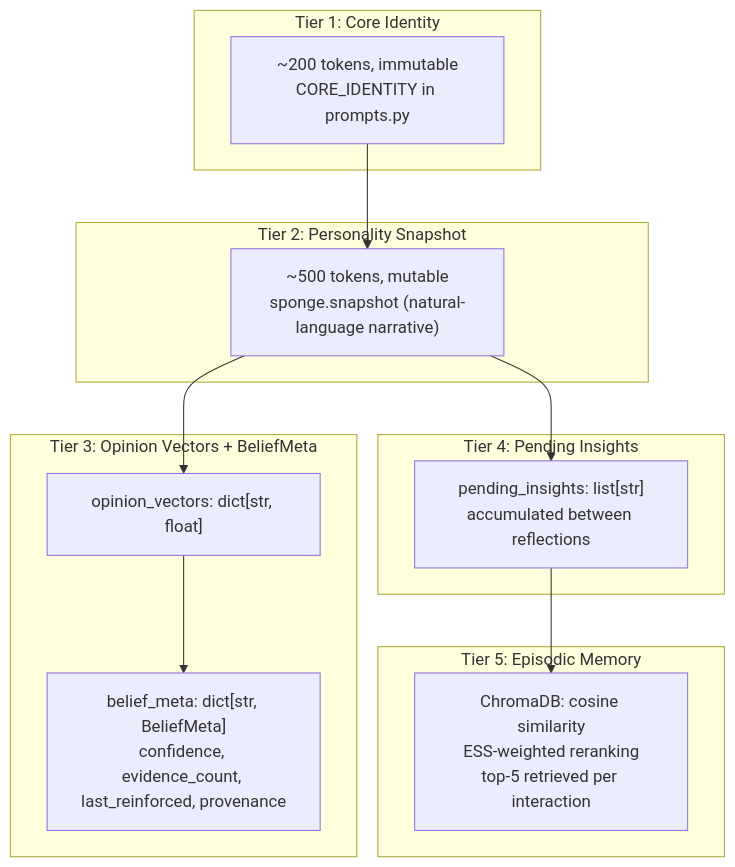
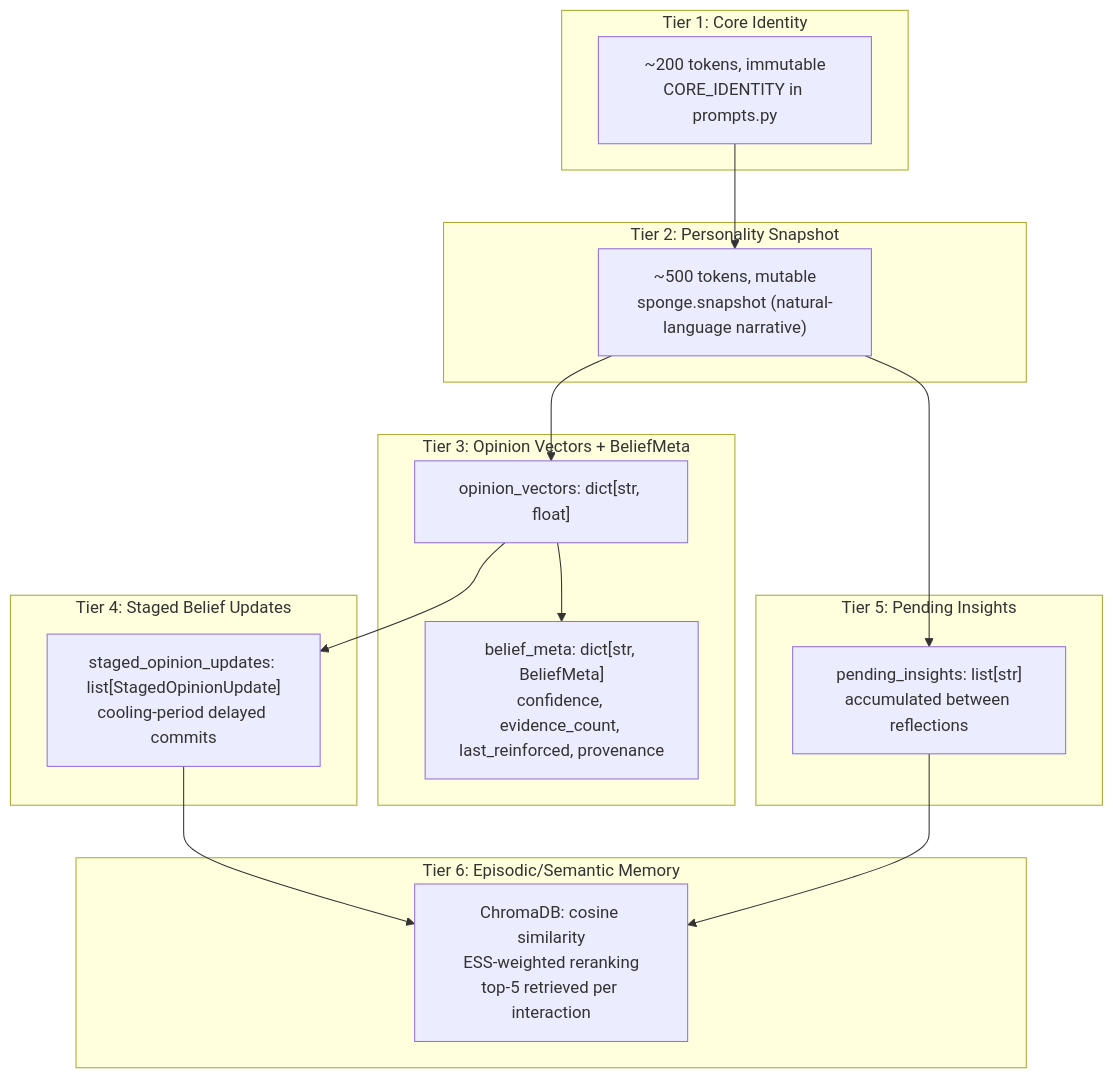
One commit to Okm165/Sonality changed the diagram in docs/architecture/memory-model.md. Above: the diagram before and after it, drawn with Mermaid. The commit also changed other lines of this file and 30 other files, not shown here.

First line of the commit message:
Add staged belief updates with research-backed guidance

````diff
--- a/docs/architecture/memory-model.md
+++ b/docs/architecture/memory-model.md
@@ -7,29 +7,35 @@
 ```mermaid
 flowchart TB
     subgraph Tier1["Tier 1: Core Identity"]
         CI["~200 tokens, immutable\nCORE_IDENTITY in prompts.py"]
     end
 
     subgraph Tier2["Tier 2: Personality Snapshot"]
         PS["~500 tokens, mutable\nsponge.snapshot (natural-language narrative)"]
     end
 
     subgraph Tier3["Tier 3: Opinion Vectors + BeliefMeta"]
         OV["opinion_vectors: dict[str, float]"]
         BM["belief_meta: dict[str, BeliefMeta]\nconfidence, evidence_count, last_reinforced, provenance"]
     end
 
-    subgraph Tier4["Tier 4: Pending Insights"]
+    subgraph Tier4["Tier 4: Staged Belief Updates"]
+        SU["staged_opinion_updates: list[StagedOpinionUpdate]\ncooling-period delayed commits"]
+    end
+
+    subgraph Tier5["Tier 5: Pending Insights"]
         PI["pending_insights: list[str]\naccumulated between reflections"]
     end
 
-    subgraph Tier5["Tier 5: Episodic Memory"]
+    subgraph Tier6["Tier 6: Episodic/Semantic Memory"]
         EP["ChromaDB: cosine similarity\nESS-weighted reranking\ntop-5 retrieved per interaction"]
     end
 
     CI --> PS
     PS --> OV
     OV --> BM
+    OV --> SU
     PS --> PI
+    SU --> EP
     PI --> EP
 ```
````
